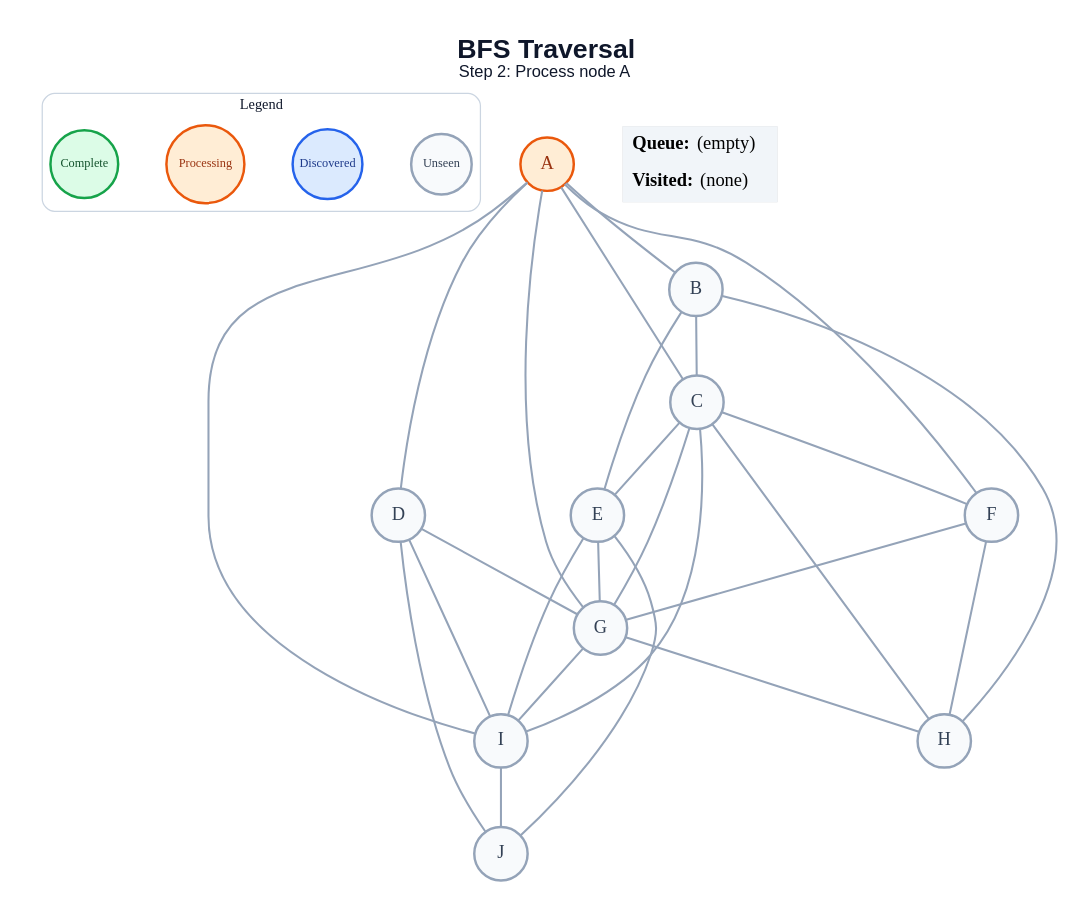
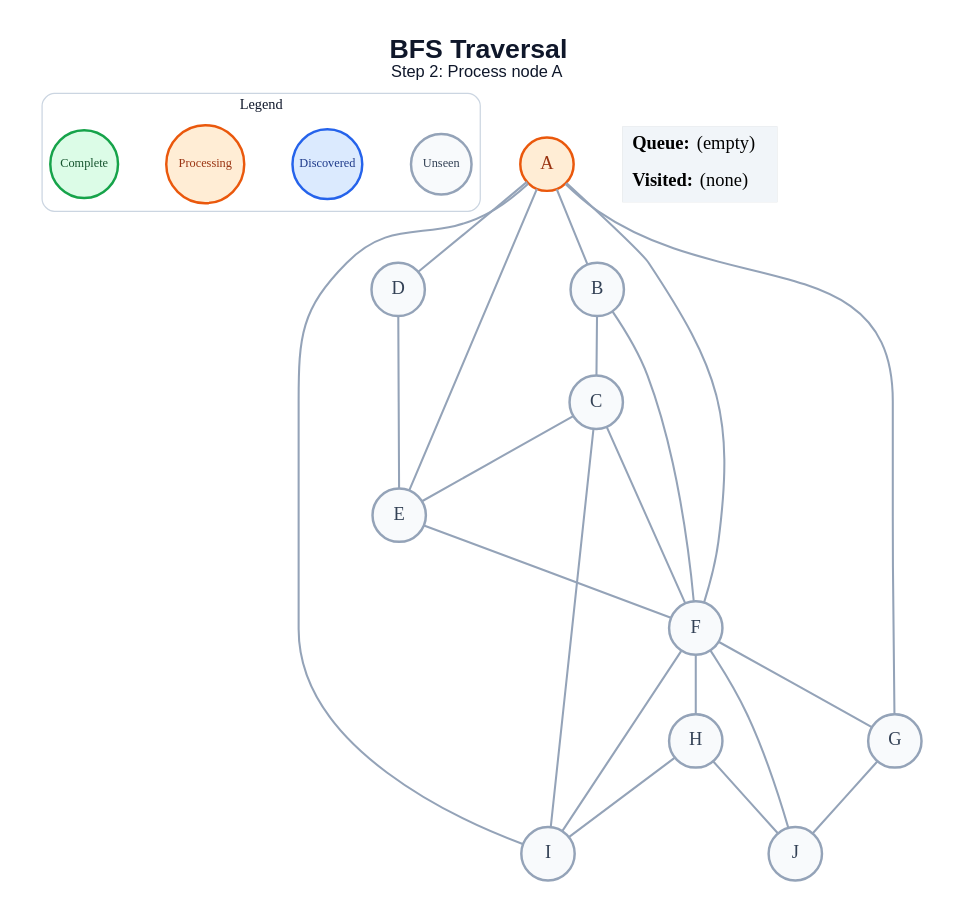
The diagram in generated/bfs/step_02.dot (amanghodawala9/ai-slop), drawn with Graphviz before and after one commit. The commit also changed 178 other files, not shown here.

```diff
--- a/generated/bfs/step_02.dot
+++ b/generated/bfs/step_02.dot
@@ -1,54 +1,49 @@
 graph traversal {
   graph [layout=dot, rankdir=TB, bgcolor="#FFFFFF", pad="0.35", nodesep="0.65", ranksep="0.8", fontname="Arial"];
   node [shape=circle, style="filled", fontname="Arial Bold", fontsize=18, width=0.72, fixedsize=true, penwidth=2.4];
   edge [color="#94A3B8", penwidth=2.0];
   label=<<B>BFS Traversal</B><BR/><FONT POINT-SIZE="16">Step 2: Process node A</FONT>>; labelloc="t"; fontsize=26; fontname="Arial"; fontcolor="#0F172A";
   subgraph cluster_legend { label="Legend"; color="#CBD5E1"; penwidth=1.2; style="rounded"; fontsize=14; fontname="Arial Bold";
     key_unseen [label="Unseen", fillcolor="#F8FAFC", color="#94A3B8", fontcolor="#334155", fontsize=12, width=0.82];
     key_frontier [label="Discovered", fillcolor="#DBEAFE", color="#2563EB", fontcolor="#1E3A8A", fontsize=12, width=0.95];
     key_current [label="Processing", fillcolor="#FFEDD5", color="#EA580C", fontcolor="#9A3412", fontsize=12, width=1.05];
     key_done [label="Complete", fillcolor="#DCFCE7", color="#16A34A", fontcolor="#14532D", fontsize=12, width=0.92];
     { rank=same; key_unseen; key_frontier; key_current; key_done; }
   }
   A [fillcolor="#FFEDD5", color="#EA580C", fontcolor="#9A3412"];
   B [fillcolor="#F8FAFC", color="#94A3B8", fontcolor="#334155"];
   C [fillcolor="#F8FAFC", color="#94A3B8", fontcolor="#334155"];
   D [fillcolor="#F8FAFC", color="#94A3B8", fontcolor="#334155"];
   E [fillcolor="#F8FAFC", color="#94A3B8", fontcolor="#334155"];
   F [fillcolor="#F8FAFC", color="#94A3B8", fontcolor="#334155"];
   G [fillcolor="#F8FAFC", color="#94A3B8", fontcolor="#334155"];
   H [fillcolor="#F8FAFC", color="#94A3B8", fontcolor="#334155"];
   I [fillcolor="#F8FAFC", color="#94A3B8", fontcolor="#334155"];
   J [fillcolor="#F8FAFC", color="#94A3B8", fontcolor="#334155"];
   A -- B;
-  A -- C;
   A -- D;
+  A -- E;
   A -- F;
   A -- G;
   A -- I;
   B -- C;
-  B -- E;
-  B -- H;
+  B -- F;
   C -- E;
   C -- F;
-  C -- G;
-  C -- H;
   C -- I;
-  D -- G;
-  D -- I;
-  D -- J;
-  E -- G;
-  E -- I;
-  E -- J;
+  D -- E;
+  E -- F;
   F -- G;
   F -- H;
-  G -- H;
-  G -- I;
-  I -- J;
+  F -- I;
+  F -- J;
+  G -- J;
+  H -- I;
+  H -- J;
   status [shape=plain, fixedsize=false, width=0, height=0, margin=0, label=<
     <TABLE BORDER="0" CELLBORDER="0" CELLPADDING="7" BGCOLOR="#F1F5F9">
       <TR><TD ALIGN="LEFT"><B>Queue:</B> (empty)</TD></TR>
       <TR><TD ALIGN="LEFT"><B>Visited:</B> (none)</TD></TR>
     </TABLE>
   >];
 }
```
